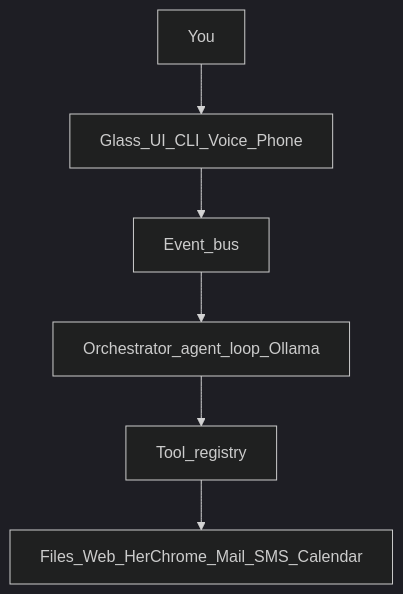
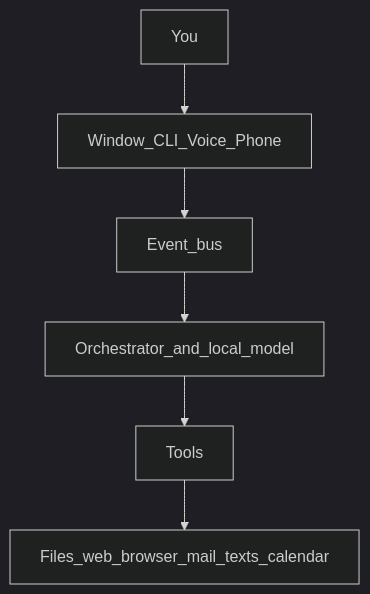
Before and after one commit to sAnct1x/Arelis: the diagram in docs/architecture.md, drawn with Mermaid (dark theme). The commit also changed other lines of this file and 100 other files, not shown here.

````diff
--- a/docs/architecture.md
+++ b/docs/architecture.md
@@ -7,10 +8,10 @@
 ```mermaid
 flowchart TB
   you[You]
-  surfaces[Glass_UI_CLI_Voice_Phone]
+  surfaces[Window_CLI_Voice_Phone]
   bus[Event_bus]
-  brain[Orchestrator_agent_loop_Ollama]
-  tools[Tool_registry]
-  world[Files_Web_HerChrome_Mail_SMS_Calendar]
+  brain[Orchestrator_and_local_model]
+  tools[Tools]
+  world[Files_web_browser_mail_texts_calendar]
   you --> surfaces --> bus --> brain --> tools --> world
 ```
````
